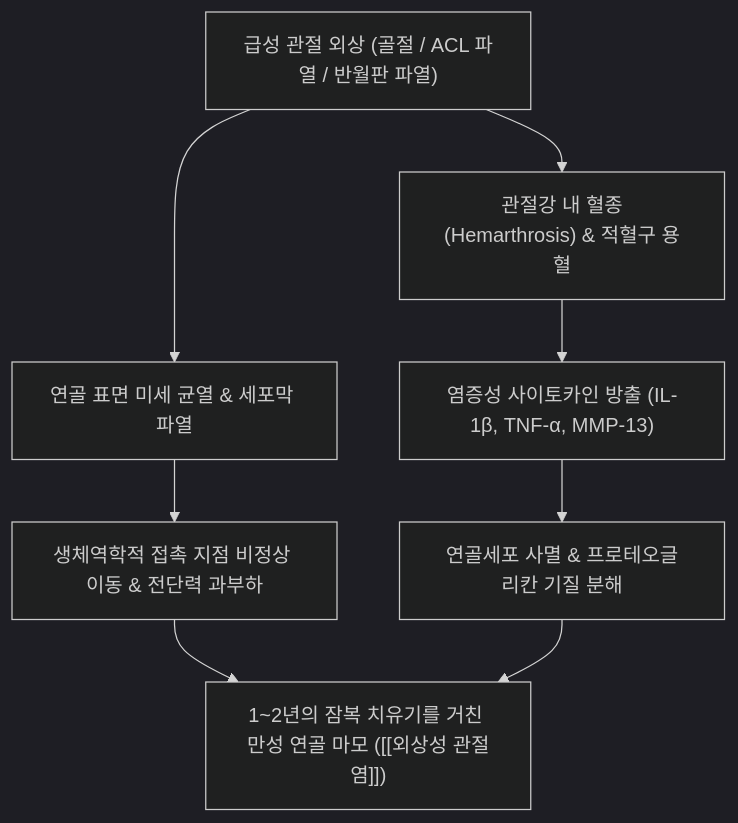
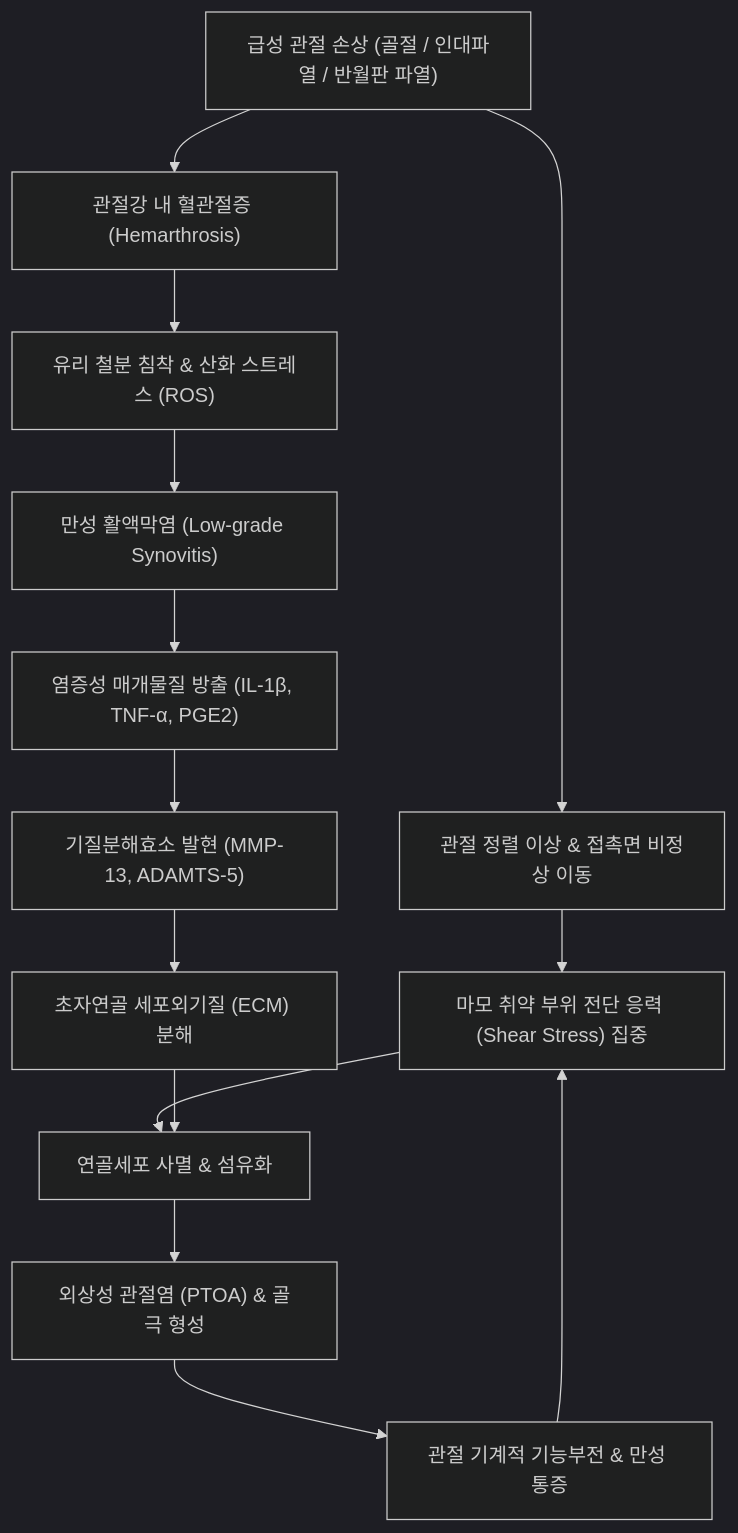
Before and after one commit to simbio11/simbio-digital-garden2: the diagram in content/3. 이론 공부/질환/근골격계 질환/기타/외상성 관절염.md, drawn with Mermaid (dark theme). The commit also changed other lines of this file and 147 other files, not shown here.

````diff
--- a/content/3. 이론 공부/질환/근골격계 질환/기타/외상성 관절염.md
+++ b/content/3. 이론 공부/질환/근골격계 질환/기타/외상성 관절염.md
@@ -68,10 +95,16 @@
 ```mermaid
 graph TD
-    Trauma["급성 관절 외상 (골절 / ACL 파열 / 반월판 파열)"] --> MechDamage["연골 표면 미세 균열 & 세포막 파열"]
-    Trauma --> Hemarthrosis["관절강 내 혈종(Hemarthrosis) & 적혈구 용혈"]
-    Hemarthrosis --> Cytokine["염증성 사이토카인 방출 (IL-1β, TNF-α, MMP-13)"]
-    Cytokine --> ChondrocyteApoptosis["연골세포 사멸 & 프로테오글리칸 기질 분해"]
-    MechDamage --> KinematicShift["생체역학적 접촉 지점 비정상 이동 & 전단력 과부하"]
-    KinematicShift --> ChronicWear["1~2년의 잠복 치유기를 거친 만성 연골 마모 ([[외상성 관절염]])"]
-    ChondrocyteApoptosis --> ChronicWear
+    Trauma["급성 관절 손상 (골절 / 인대파열 / 반월판 파열)"] --> MechFailure["관절 정렬 이상 & 접촉면 비정상 이동"]
+    Trauma --> Hemarthrosis["관절강 내 혈관절증 (Hemarthrosis)"]
+    Hemarthrosis --> IronToxicity["유리 철분 침착 & 산화 스트레스 (ROS)"]
+    IronToxicity --> Synovitis["만성 활액막염 (Low-grade Synovitis)"]
+    Synovitis --> Cytokines["염증성 매개물질 방출 (IL-1β, TNF-α, PGE2)"]
+    Cytokines --> ProteaseUp["기질분해효소 발현 (MMP-13, ADAMTS-5)"]
+    ProteaseUp --> MatrixLoss["초자연골 세포외기질 (ECM) 분해"]
+    MechFailure --> ShearStress["마모 취약 부위 전단 응력 (Shear Stress) 집중"]
+    ShearStress --> ChondrocyteDeath["연골세포 사멸 & 섬유화"]
+    MatrixLoss --> ChondrocyteDeath
+    ChondrocyteDeath --> JointDegenerate["외상성 관절염 (PTOA) & 골극 형성"]
+    JointDegenerate --> DynamicInstability["관절 기계적 기능부전 & 만성 통증"]
+    DynamicInstability --> ShearStress
 ```
````
